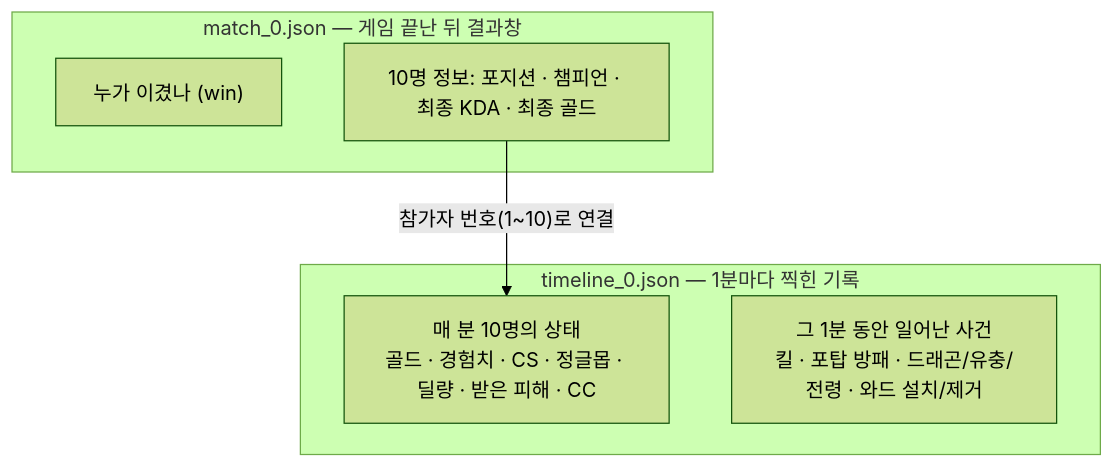
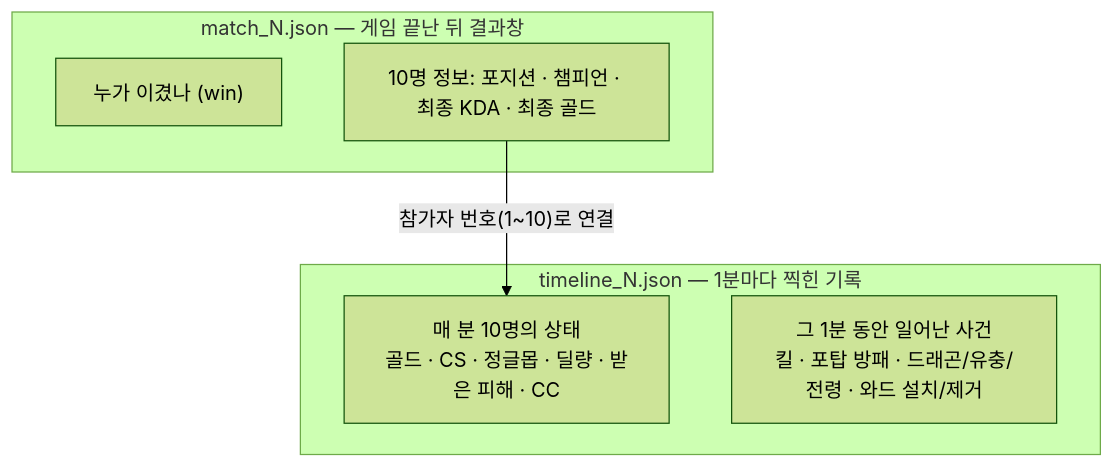
Before and after one commit to pes79/lol-performance-analysis: the first of 6 diagrams in README.md, drawn with Mermaid (forest theme). The commit also changed other lines of this file, not shown here.

````diff
--- a/README.md
+++ b/README.md
@@ -50,12 +52,12 @@
 ```mermaid
 flowchart TB
-    subgraph M["match_0.json — 게임 끝난 뒤 결과창"]
+    subgraph M["match_N.json — 게임 끝난 뒤 결과창"]
         M1["누가 이겼나 (win)"]
         M2["10명 정보: 포지션 · 챔피언 · 최종 KDA · 최종 골드"]
     end
-    subgraph T["timeline_0.json — 1분마다 찍힌 기록"]
-        T1["매 분 10명의 상태<br/>골드 · 경험치 · CS · 정글몹 · 딜량 · 받은 피해 · CC"]
+    subgraph T["timeline_N.json — 1분마다 찍힌 기록"]
+        T1["매 분 10명의 상태<br/>골드 · CS · 정글몹 · 딜량 · 받은 피해 · CC"]
         T2["그 1분 동안 일어난 사건<br/>킬 · 포탑 방패 · 드래곤/유충/전령 · 와드 설치/제거"]
     end
     M2 -- "참가자 번호(1~10)로 연결" --> T1
 ```
````
